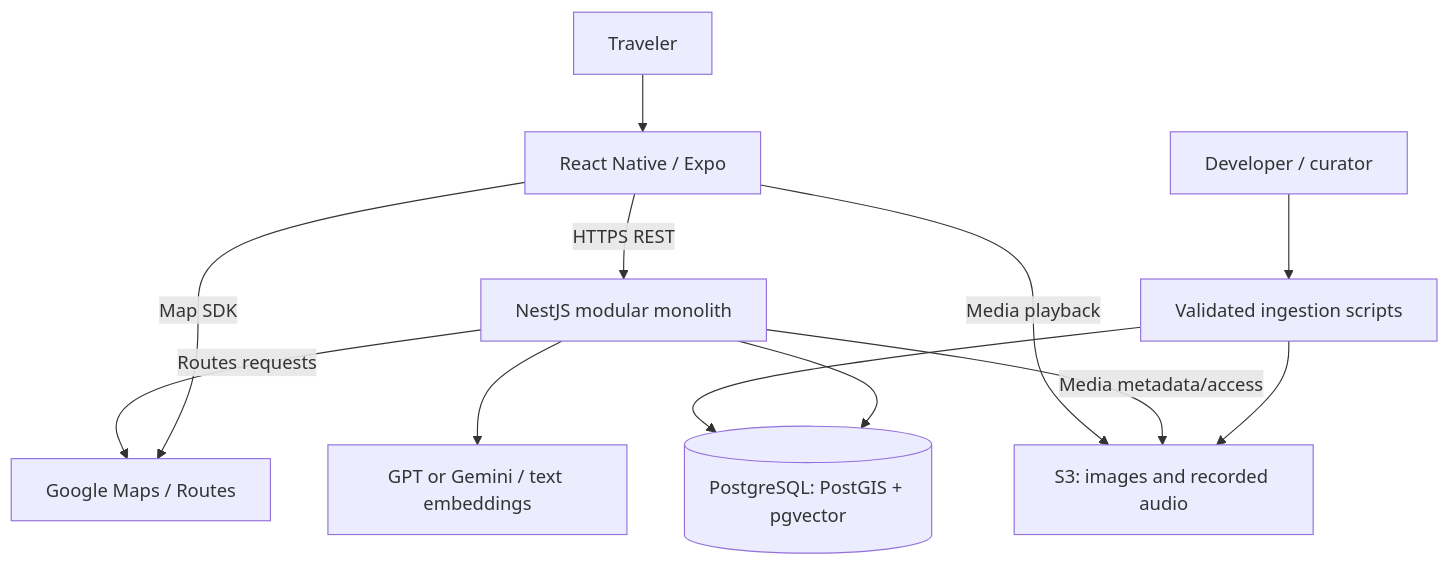
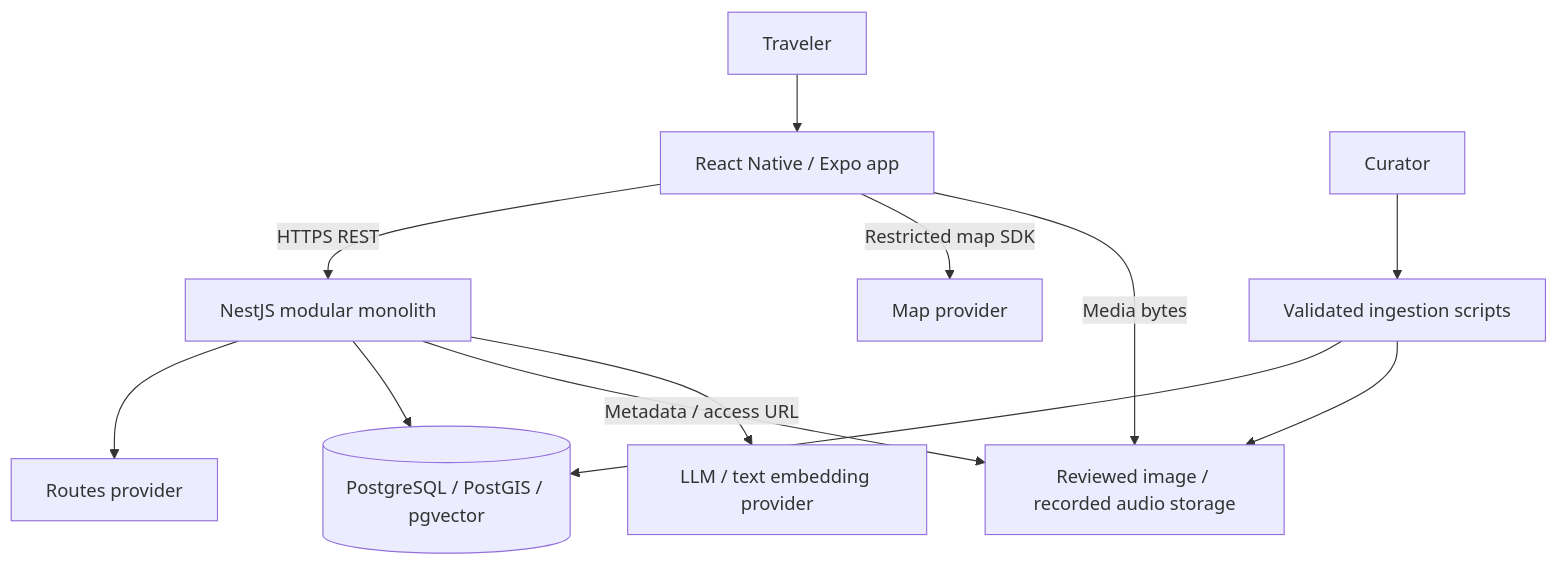
Before and after one commit to lnt-h/fyp_dana: the diagram in docs/02-SAD.md, drawn with Mermaid. The commit also changed other lines of this file and 42 other files, not shown here.

````diff
--- a/docs/02-SAD.md
+++ b/docs/02-SAD.md
@@ -10,14 +11,14 @@
 ```mermaid
 flowchart TB
-  User["Traveler"] --> App["React Native / Expo"]
-  Curator["Developer / curator"] --> Import["Validated ingestion scripts"]
-  App -->|HTTPS REST| API["NestJS modular monolith"]
-  App -->|Map SDK| Maps["Google Maps / Routes"]
-  API -->|Routes requests| Maps
-  API --> DB[("PostgreSQL: PostGIS + pgvector")]
+  User[Traveler] --> App[React Native / Expo app]
+  Curator[Curator] --> Import[Validated ingestion scripts]
+  App -->|HTTPS REST| API[NestJS modular monolith]
+  App -->|Restricted map SDK| Maps[Map provider]
+  API --> Routes[Routes provider]
+  API --> DB[(PostgreSQL / PostGIS / pgvector)]
   Import --> DB
-  Import --> S3["S3: images and recorded audio"]
-  API -->|Media metadata/access| S3
-  App -->|Media playback| S3
-  API --> Models["GPT or Gemini / text embeddings"]
+  Import --> Storage[Reviewed image / recorded audio storage]
+  API -->|Metadata / access URL| Storage
+  App -->|Media bytes| Storage
+  API --> Models[LLM / text embedding provider]
 ```
````
